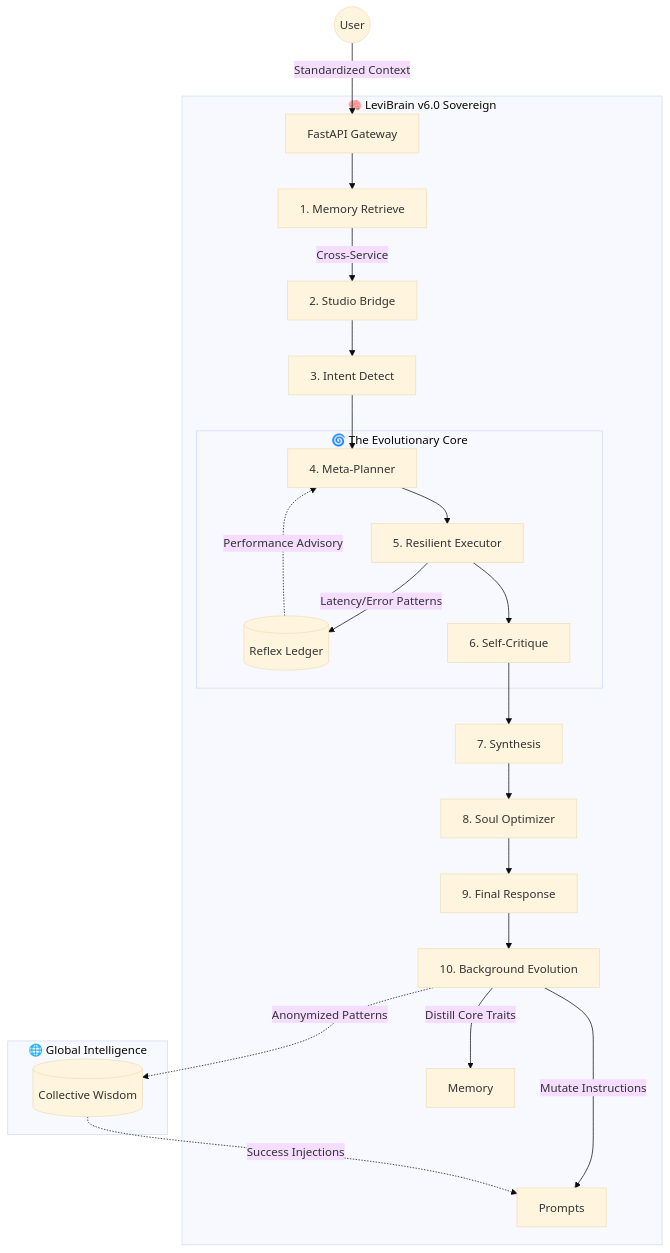
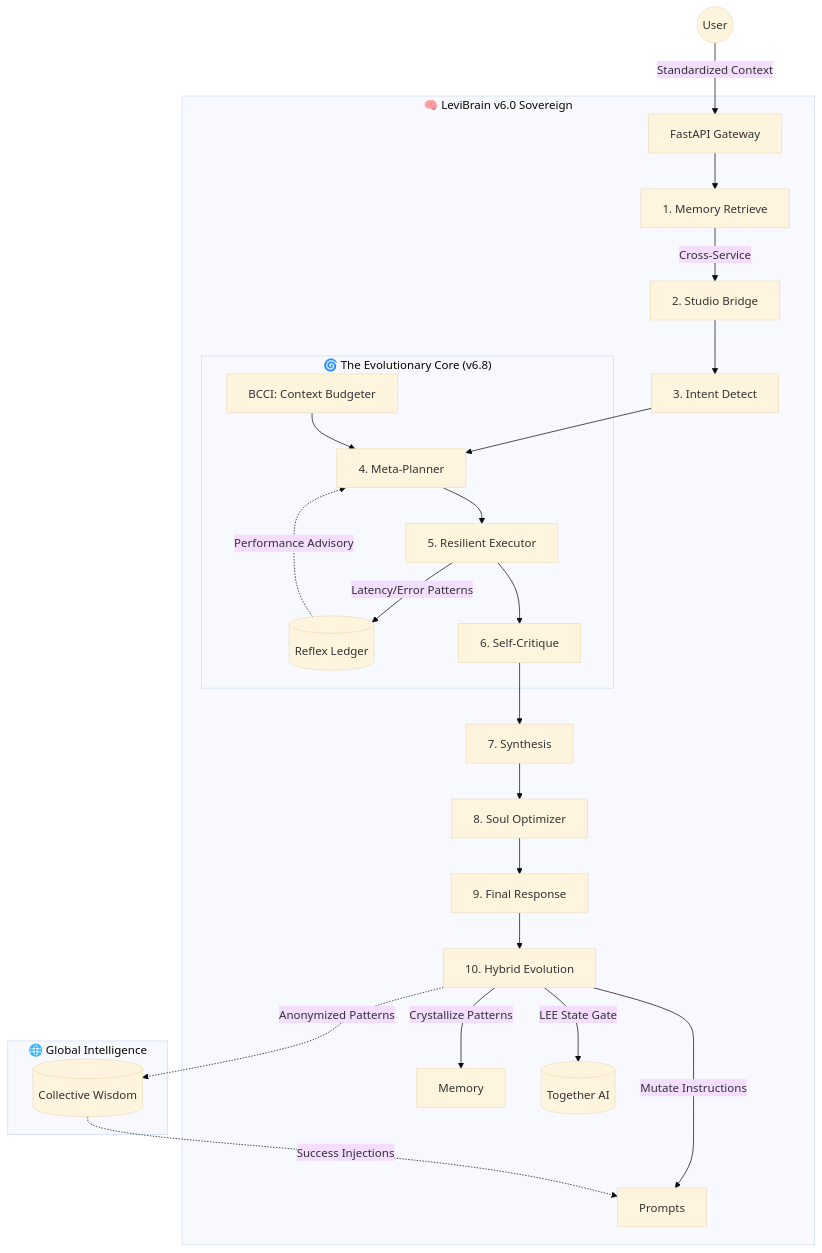
The diagram in README.md (Blackdrg/levi-ai-innovate), drawn with Mermaid (base theme) before and after one commit. The commit also changed other lines of this file and 22 other files, not shown here.

Commit message:
feat: implement LEVI-AI v6.8 Sovereign Architecture (Hybrid Learning, BCCI, LEE)

````diff
--- a/README.md
+++ b/README.md
@@ -28,31 +29,33 @@
 ```mermaid
 graph TD
     User((User)) -->|Standardized Context| GW[FastAPI Gateway]
 
     subgraph Brain ["🧠 LeviBrain v6.0 Sovereign"]
         GW --> Mem[1. Memory Retrieve]
         Mem -->|Cross-Service| Bridge[2. Studio Bridge]
         Bridge --> Int[3. Intent Detect]
         Int --> Meta[4. Meta-Planner]
         
-        subgraph Evolution ["🌀 The Evolutionary Core"]
+        subgraph Evolution ["🌀 The Evolutionary Core (v6.8)"]
             Ledger[(Reflex Ledger)] -.->|Performance Advisory| Meta
+            BCCI[BCCI: Context Budgeter] --> Meta
             Meta --> Exec[5. Resilient Executor]
             Exec -->|Latency/Error Patterns| Ledger
             Exec --> Val[6. Self-Critique]
         end
 
         Val --> Synth[7. Synthesis]
         Synth --> Opt[8. Soul Optimizer]
         Opt --> Out[9. Final Response]
         
-        Out --> Learn[10. Background Evolution]
-        Learn -->|Distill Core Traits| Memory
+        Out --> Learn[10. Hybrid Evolution]
+        Learn -->|Crystallize Patterns| Memory
+        Learn -->|LEE State Gate| FineTune[(Together AI)]
         Learn -->|Mutate Instructions| Prompts
     end
 
     subgraph Collective ["🌐 Global Intelligence"]
         Learn -.->|Anonymized Patterns| Shared[(Collective Wisdom)]
         Shared -.->|Success Injections| Prompts
     end
 ```
````
